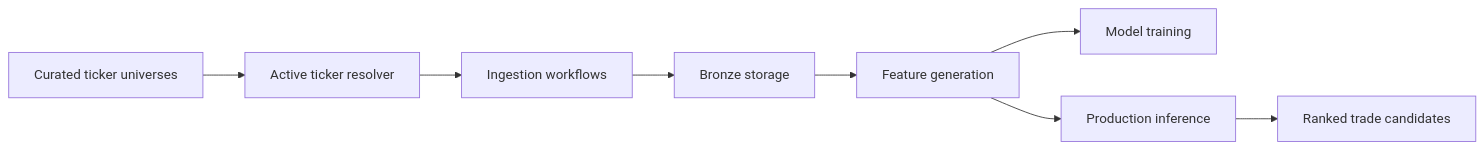
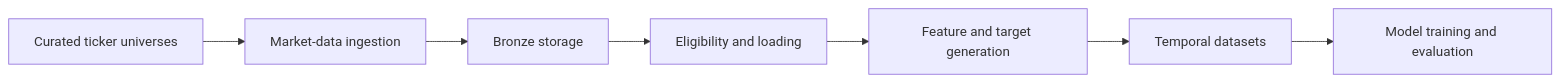
One commit to Frallmeister/swingtrader-app changed the first of 2 diagrams in docs/architecture/overview.md. Above: the diagram before and after it, drawn with Mermaid. The commit also changed other lines of this file and 16 other files, not shown here.

First line of the commit message:
Apply architecture update patch (#100)

````diff
--- a/docs/architecture/overview.md
+++ b/docs/architecture/overview.md
@@ -5,10 +9,9 @@
 ```mermaid
 flowchart LR
-    A[Curated ticker universes] --> B[Active ticker resolver]
-    B --> C[Ingestion workflows]
-    C --> D[Bronze storage]
-    D --> E[Feature generation]
-    E --> F[Model training]
-    E --> G[Production inference]
-    G --> H[Ranked trade candidates]
+    A[Curated ticker universes] --> B[Market-data ingestion]
+    B --> C[Bronze storage]
+    C --> D[Eligibility and loading]
+    D --> E[Feature and target generation]
+    E --> F[Temporal datasets]
+    F --> G[Model training and evaluation]
 ```
````
